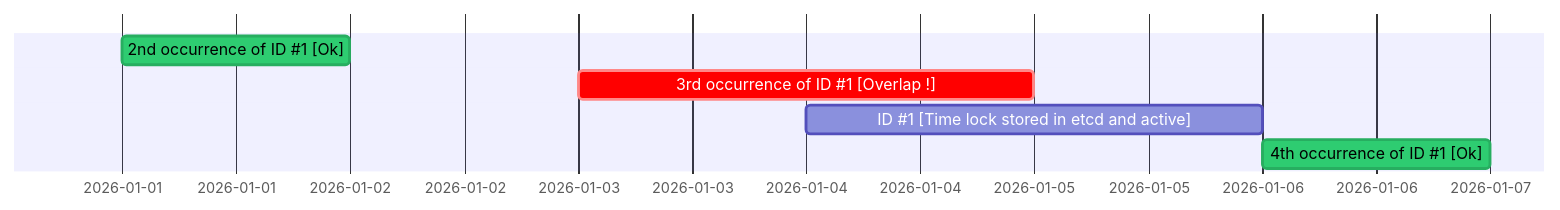
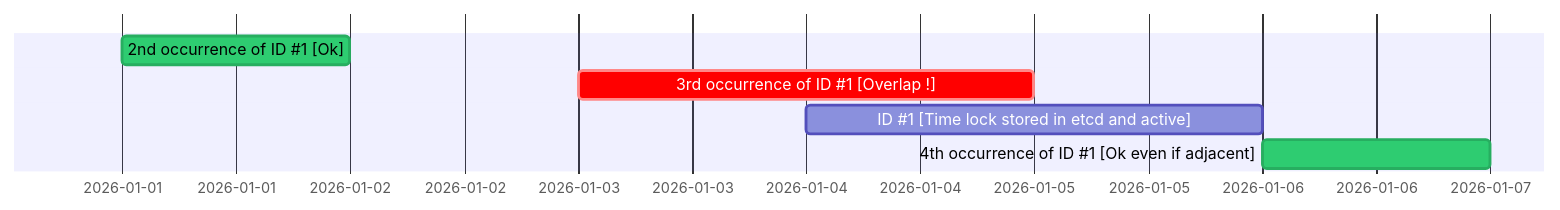
The diagram in README.md (laurentlmx/timegate), drawn with Mermaid before and after one commit.

````diff
--- a/README.md
+++ b/README.md
@@ -20,13 +20,13 @@
 ```mermaid
 %%{ init: { 
   'themeVariables': { 'activeTaskBkgColor': '#2ecc71', 'activeTaskBorderColor': '#27ae60' },
   'themeCSS': '.tick text { display: none !important; } .grid .tick line { display: none !important; }'
 } }%%
 gantt
     dateFormat YYYY-MM-DD
 
     2nd occurrence of ID #1 [Ok] : active, 2026-01-01, 2026-01-02
     3rd occurrence of ID #1 [Overlap !] : crit, 2026-01-03, 2026-01-05
     ID #1 [Time lock stored in etcd and active] : 2026-01-04, 2026-01-06
-    4th occurrence of ID #1 [Ok] : active, 2026-01-06, 2026-01-07
+    4th occurrence of ID #1 [Ok even if adjacent] : active, 2026-01-06, 2026-01-07
 ```
````
